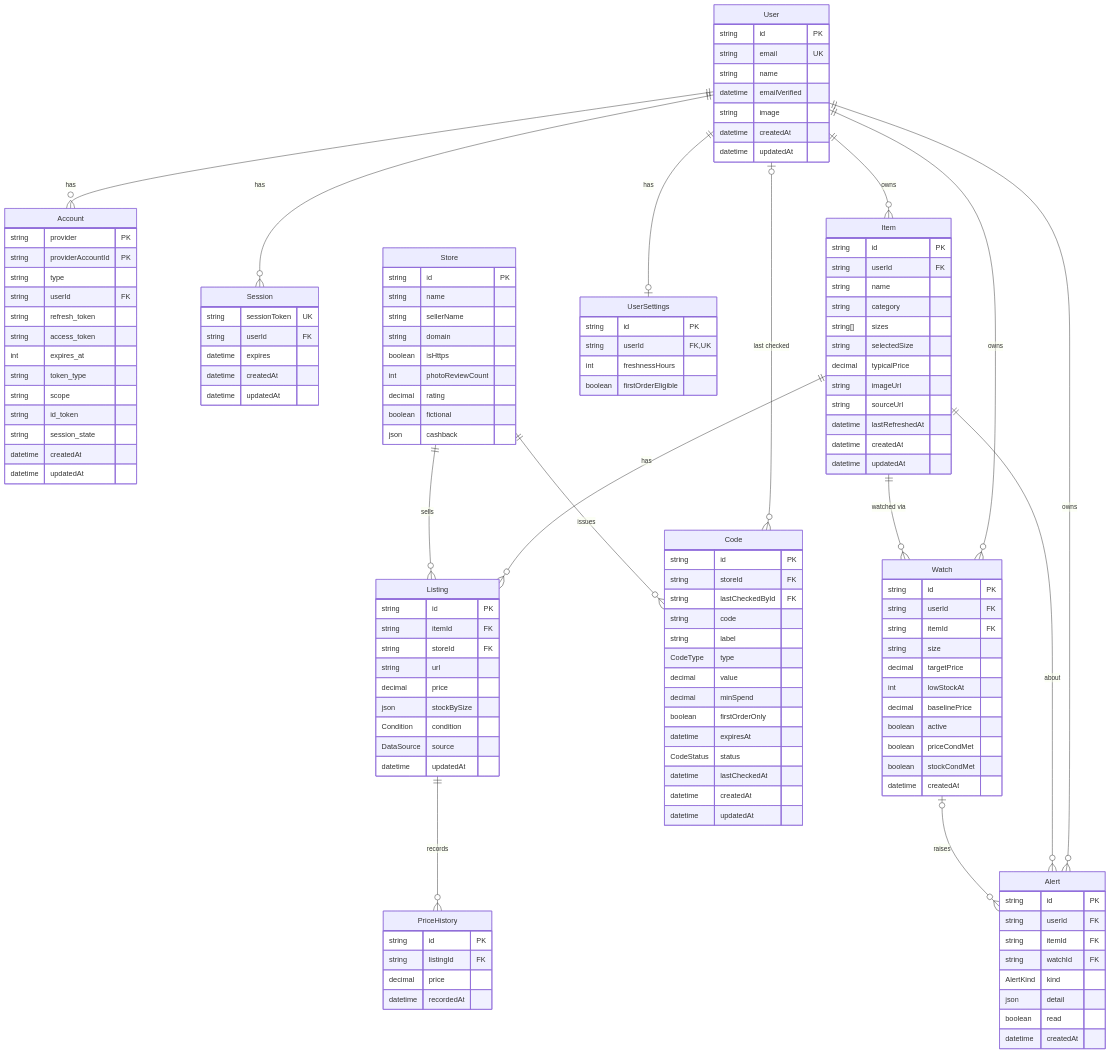
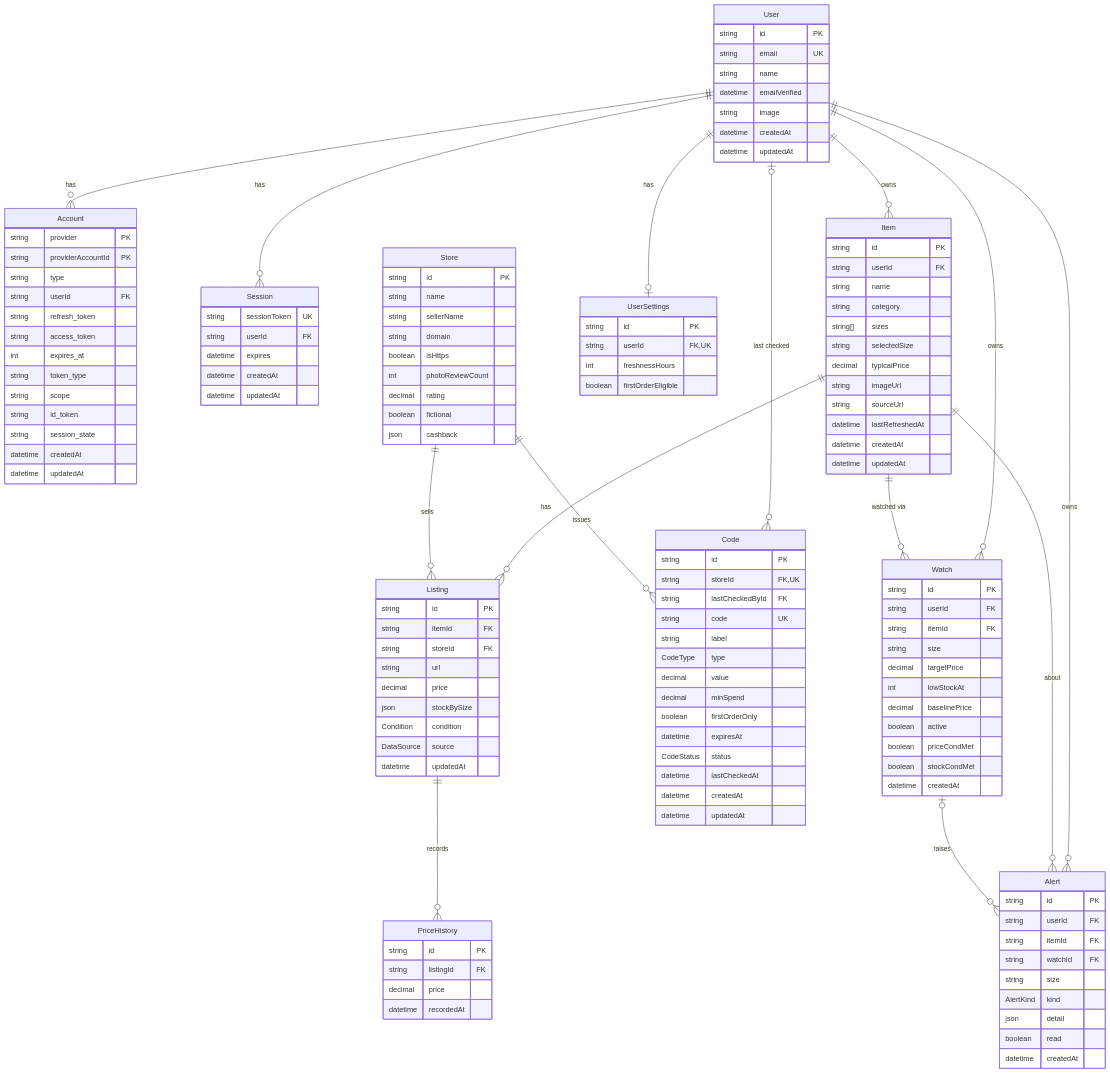
One commit to devpatel25/LootLens changed the diagram in docs/schema.md. Above: the diagram before and after it, drawn with Mermaid. The commit also changed other lines of this file and 2 other files, not shown here.

Commit message:
docs(#13): Alert oneOf per kind with size, CreatedWatch, Retry-After on 429; README guard rule; schema Alert.size and Code unique key

```diff
--- a/docs/schema.md
+++ b/docs/schema.md
@@ -72,9 +72,9 @@
   }
   Code {
     string id PK
-    string storeId FK
+    string storeId FK, UK
     string lastCheckedById FK
-    string code
+    string code UK
     string label
     CodeType type
     decimal value
@@ -104,6 +104,7 @@
     string userId FK
     string itemId FK
     string watchId FK
+    string size
     AlertKind kind
     json detail
     boolean read
```
